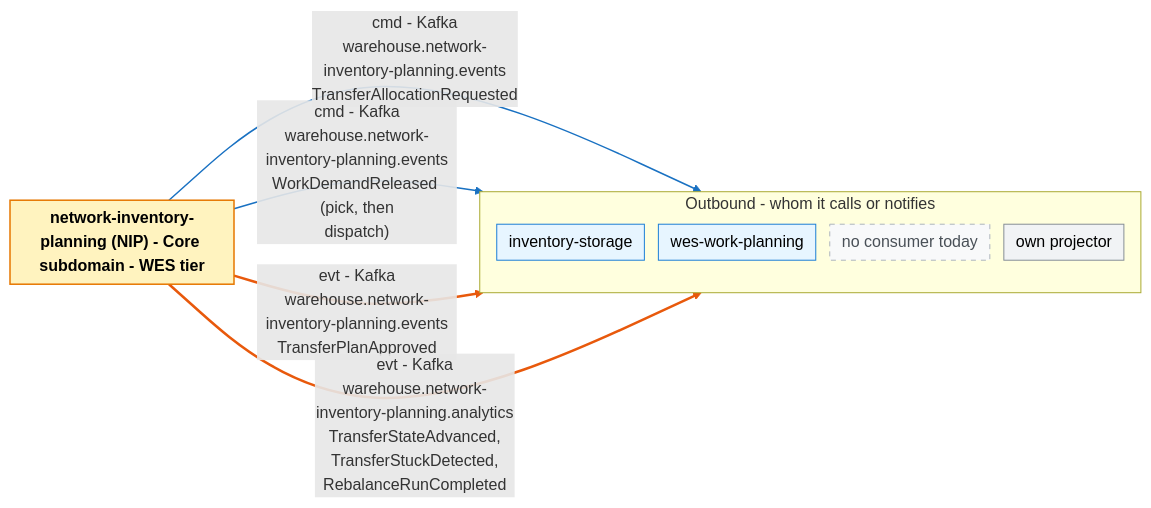
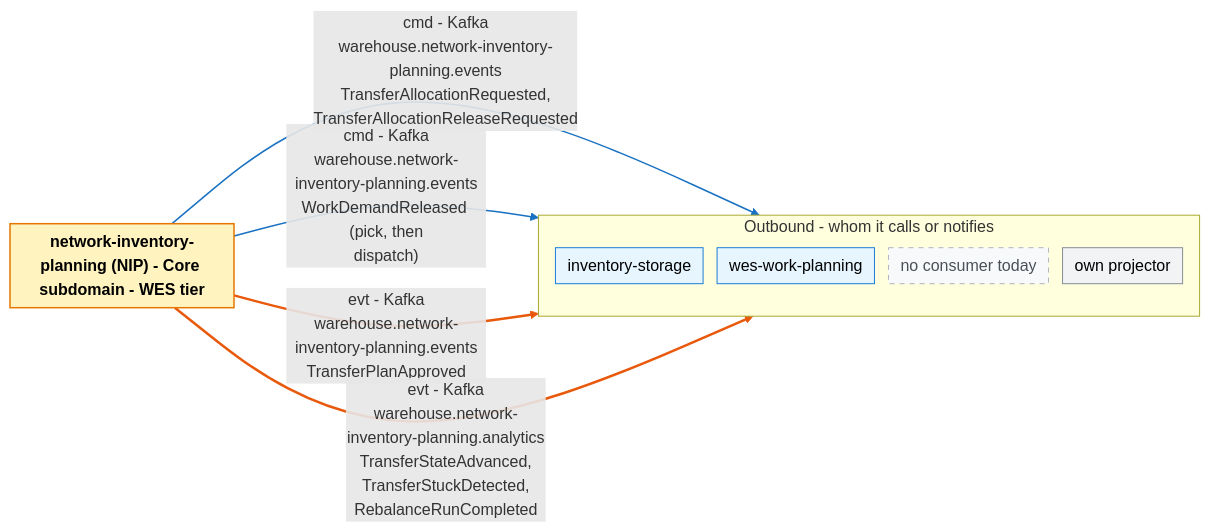
One commit to IQVO/network-inventory-planning changed the second of 2 diagrams in docs/docs/ddd/bounded-context-canvas.md. Above: the diagram before and after it, drawn with Mermaid. The commit also changed other lines of this file and 15 other files, not shown here.

First line of the commit message:
docs(network-inventory-planning): reconcile docs with the code (EventStorming drift audit)

````diff
--- a/docs/docs/ddd/bounded-context-canvas.md
+++ b/docs/docs/ddd/bounded-context-canvas.md
@@ -78,27 +81,27 @@
 ```mermaid
 %%{init: {"flowchart": {"nodeSpacing": 14, "rankSpacing": 40, "padding": 6}}}%%
 flowchart LR
     classDef bc fill:#fff3bf,stroke:#e67700,stroke-width:1.5px,color:#000
     classDef card fill:#fff9db,stroke:#f08c00,color:#000,text-align:left
     classDef ctx fill:#e7f5ff,stroke:#1c7ed6,color:#000
     classDef actor fill:#fff4e6,stroke:#e8590c,color:#000
     classDef ext fill:#ffe3e3,stroke:#c92a2a,color:#000
     classDef self fill:#f1f3f5,stroke:#868e96,color:#000
     classDef none fill:#f8f9fa,stroke:#adb5bd,stroke-dasharray:5 5,color:#495057
     BC["<b>network-inventory-planning (NIP) - Core subdomain - WES tier</b>"]:::bc
     subgraph OUT["Outbound - whom it calls or notifies"]
         direction TB
         out0["inventory-storage"]:::ctx
         out1["wes-work-planning"]:::ctx
         out2["no consumer today"]:::none
         out3["own projector"]:::self
     end
-    BC -->|"cmd - Kafka<br/>warehouse.network-inventory-planning.events<br/>TransferAllocationRequested"| out0
+    BC -->|"cmd - Kafka<br/>warehouse.network-inventory-planning.events<br/>TransferAllocationRequested,<br/>TransferAllocationReleaseRequested"| out0
     BC -->|"cmd - Kafka<br/>warehouse.network-inventory-planning.events<br/>WorkDemandReleased (pick, then<br/>dispatch)"| out1
     BC ==>|"evt - Kafka<br/>warehouse.network-inventory-planning.events<br/>TransferPlanApproved"| out2
     BC ==>|"evt - Kafka<br/>warehouse.network-inventory-planning.analytics<br/>TransferStateAdvanced,<br/>TransferStuckDetected,<br/>RebalanceRunCompleted"| out3
     linkStyle 0 stroke:#1971c2,stroke-width:1.5px
     linkStyle 1 stroke:#1971c2,stroke-width:1.5px
     linkStyle 2 stroke:#e8590c,stroke-width:2.5px
     linkStyle 3 stroke:#e8590c,stroke-width:2.5px
 ```
````
